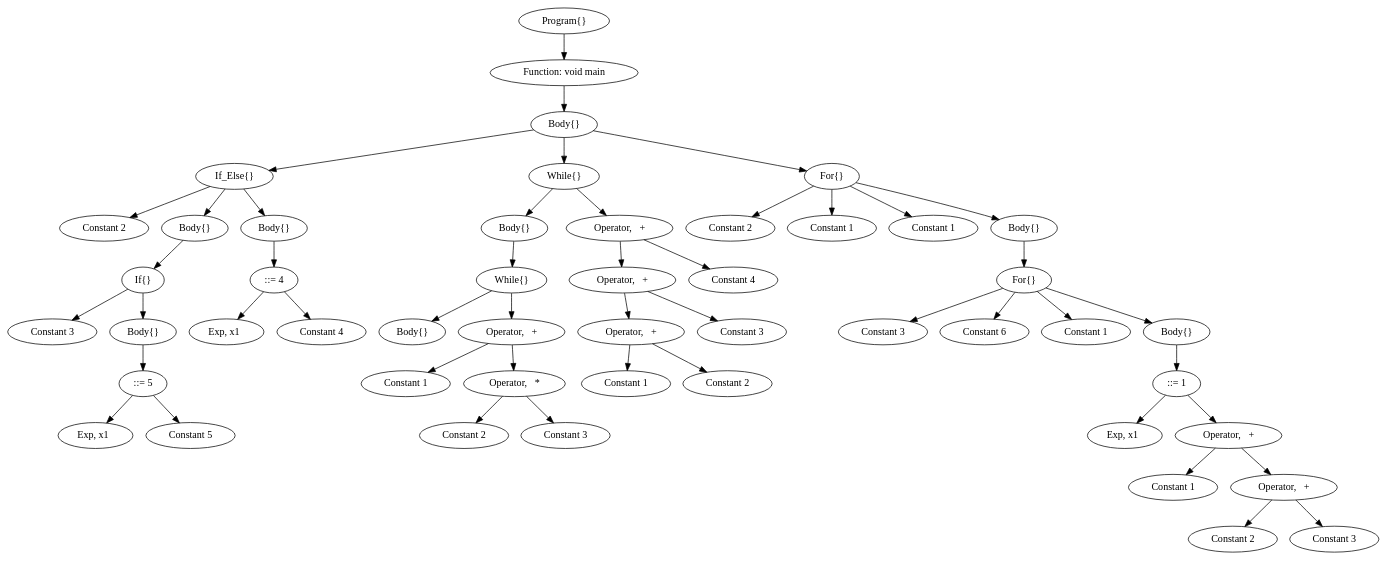
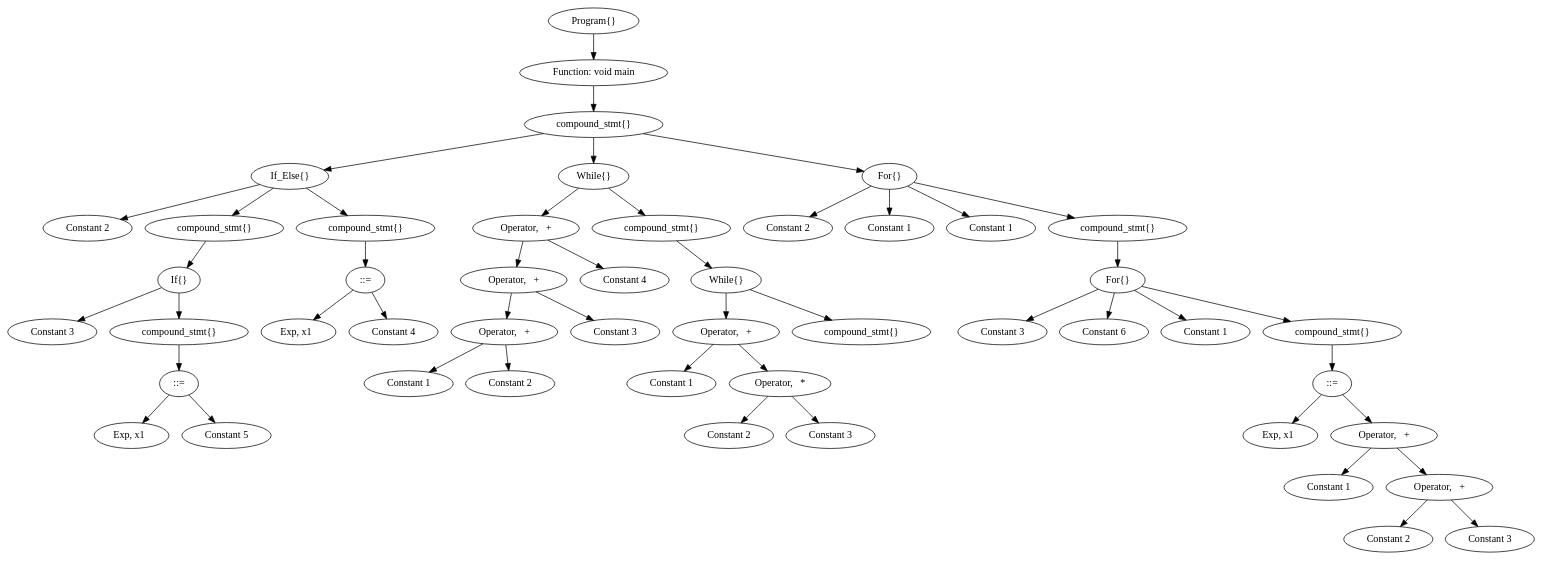
Before and after one commit to Fazt/jflex: the diagram in Archivo9.dot, drawn with Graphviz. The commit also changed 33 other files, not shown here.

```diff
--- a/Archivo9.dot
+++ b/Archivo9.dot
@@ -1,99 +1,99 @@
 digraph g {
 49 [label="Program{}"];
 48 [label="Function: void main"];
-47 [label="Body{}"];
+47 [label="compound_stmt{}"];
 13 [label="If_Else{}"];
 1 [label="Constant 2"];
-8 [label="Body{}"];
+8 [label="compound_stmt{}"];
 7 [label="If{}"];
 2 [label="Constant 3"];
-6 [label="Body{}"];
-5 [label="::= 5"];
+6 [label="compound_stmt{}"];
+5 [label="::="];
 3 [label="Exp, x1  "];
 4 [label="Constant 5"];
-12 [label="Body{}"];
-11 [label="::= 4"];
+12 [label="compound_stmt{}"];
+11 [label="::="];
 9 [label="Exp, x1  "];
 10 [label="Constant 4"];
 29 [label="While{}"];
-28 [label="Body{}"];
-27 [label="While{}"];
-26 [label="Body{}"];
-25 [label="Operator,   + "];
-21 [label="Constant 1"];
-24 [label="Operator,   * "];
-22 [label="Constant 2"];
-23 [label="Constant 3"];
 20 [label="Operator,   + "];
 18 [label="Operator,   + "];
 16 [label="Operator,   + "];
 14 [label="Constant 1"];
 15 [label="Constant 2"];
 17 [label="Constant 3"];
 19 [label="Constant 4"];
+28 [label="compound_stmt{}"];
+27 [label="While{}"];
+25 [label="Operator,   + "];
+21 [label="Constant 1"];
+24 [label="Operator,   * "];
+22 [label="Constant 2"];
+23 [label="Constant 3"];
+26 [label="compound_stmt{}"];
 46 [label="For{}"];
 30 [label="Constant 2"];
 31 [label="Constant 1"];
 32 [label="Constant 1"];
-45 [label="Body{}"];
+45 [label="compound_stmt{}"];
 44 [label="For{}"];
 33 [label="Constant 3"];
 34 [label="Constant 6"];
 35 [label="Constant 1"];
-43 [label="Body{}"];
-42 [label="::= 1"];
+43 [label="compound_stmt{}"];
+42 [label="::="];
 36 [label="Exp, x1  "];
 41 [label="Operator,   + "];
 37 [label="Constant 1"];
 40 [label="Operator,   + "];
 38 [label="Constant 2"];
 39 [label="Constant 3"];
 49->48;
 48->47;
 47->13;
 13->1;
 13->8;
 8->7;
 7->2;
 7->6;
 6->5;
 5->3;
 5->4;
 13->12;
 12->11;
 11->9;
 11->10;
 47->29;
-29->28;
-28->27;
-27->26;
-27->25;
-25->21;
-25->24;
-24->22;
-24->23;
 29->20;
 20->18;
 18->16;
 16->14;
 16->15;
 18->17;
 20->19;
+29->28;
+28->27;
+27->25;
+25->21;
+25->24;
+24->22;
+24->23;
+27->26;
 47->46;
 46->30;
 46->31;
 46->32;
 46->45;
 45->44;
 44->33;
 44->34;
 44->35;
 44->43;
 43->42;
 42->36;
 42->41;
 41->37;
 41->40;
 40->38;
 40->39;
 }
```
